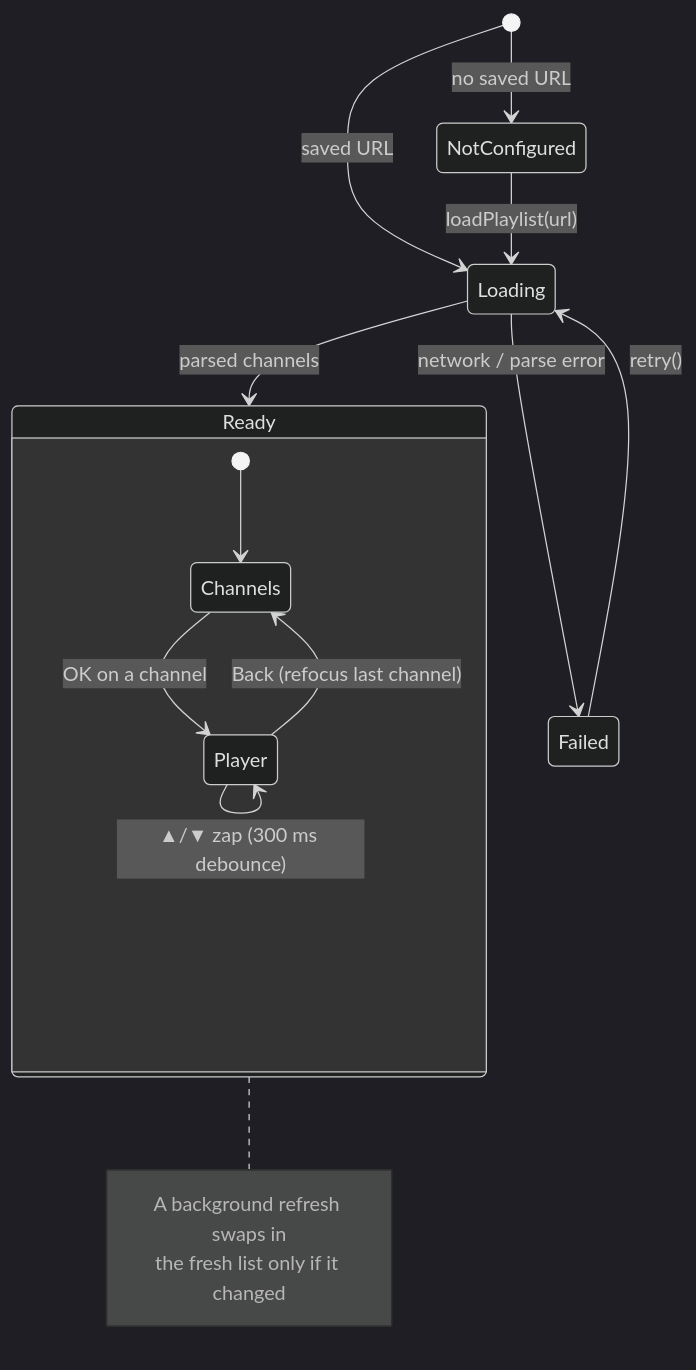
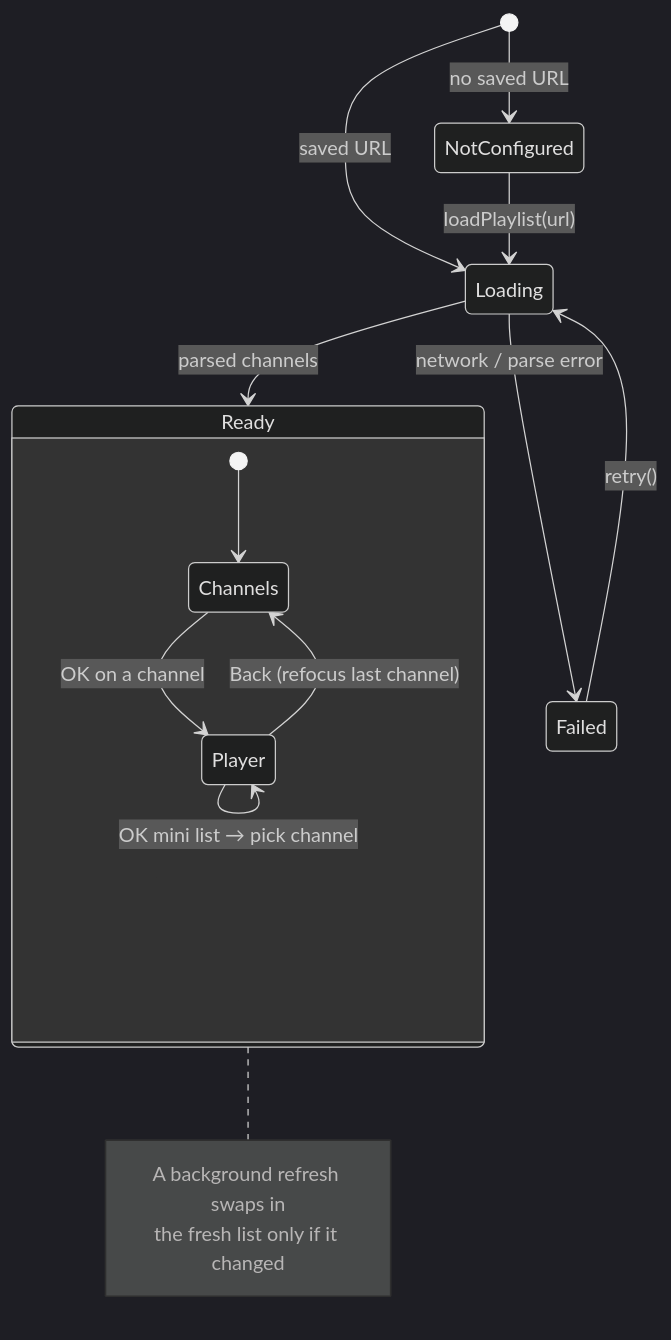
The second of 2 diagrams in README.md (jasmedia/onair-tv), drawn with Mermaid (dark theme) before and after one commit. The commit also changed other lines of this file and 3 other files, not shown here.

First line of the commit message:
Add in-player channel list overlay

````diff
--- a/README.md
+++ b/README.md
@@ -86,20 +88,21 @@
 ```mermaid
 stateDiagram-v2
     [*] --> NotConfigured: no saved URL
     [*] --> Loading: saved URL
     NotConfigured --> Loading: loadPlaylist(url)
     Loading --> Ready: parsed channels
     Loading --> Failed: network / parse error
     Failed --> Loading: retry()
 
     state Ready {
         [*] --> Channels
         Channels --> Player: OK on a channel
         Player --> Player: ▲/▼ zap (300 ms debounce)
+        Player --> Player: OK mini list → pick channel
         Player --> Channels: Back (refocus last channel)
     }
     note right of Ready
         A background refresh swaps in
         the fresh list only if it changed
     end note
 ```
````
